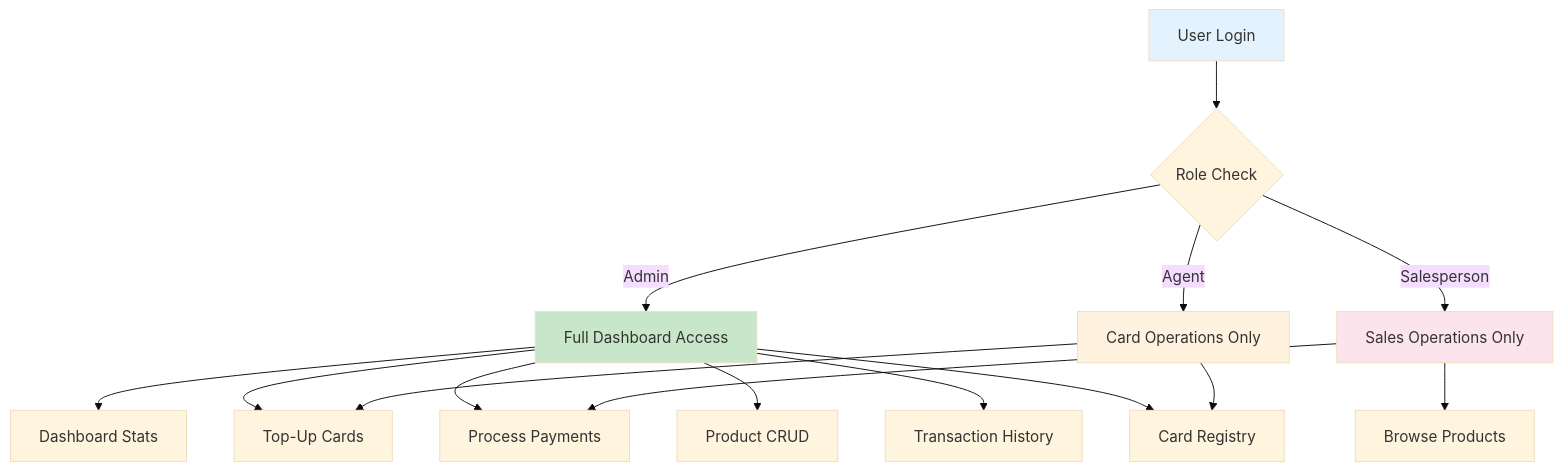
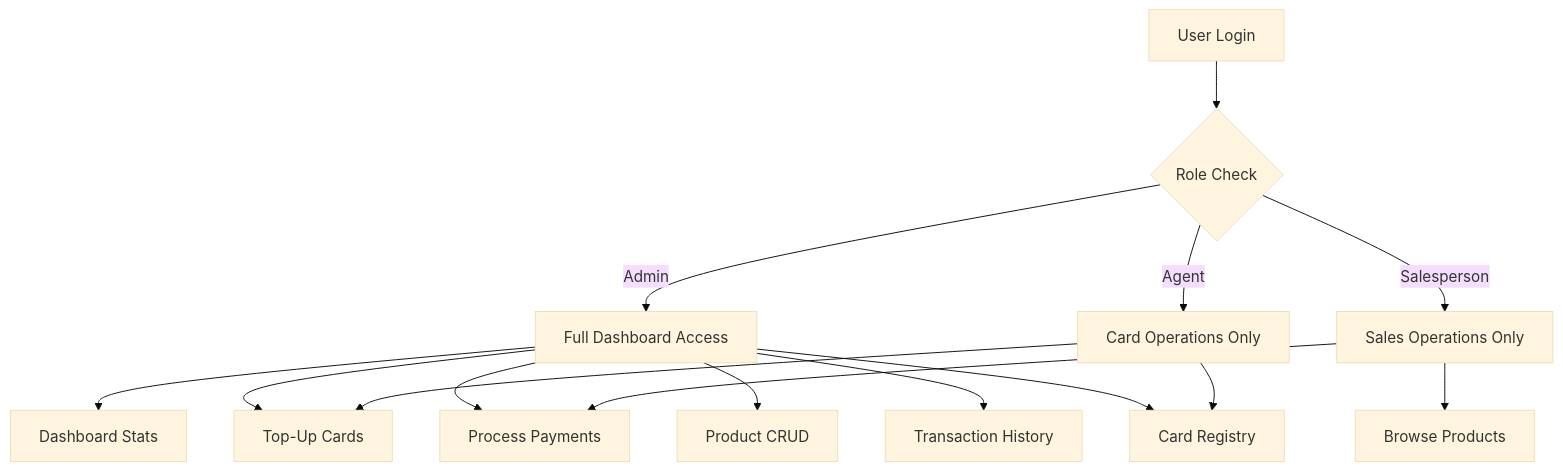
One commit to Tresorbana/BillIO changed the second of 4 diagrams in README.md. Above: the diagram before and after it, drawn with Mermaid (base theme). The commit also changed other lines of this file and 1 other file, not shown here.

Commit message:
Fixed Mermaid diagram rendering issues by simplifying diagrams

````diff
--- a/README.md
+++ b/README.md
@@ -114,26 +106,21 @@
 ```mermaid
 graph TD
     A[User Login] --> B{Role Check}
 
     B -->|Admin| C[Full Dashboard Access]
     B -->|Agent| D[Card Operations Only]
     B -->|Salesperson| E[Sales Operations Only]
 
     C --> F[Dashboard Stats]
     C --> G[Top-Up Cards]
     C --> H[Process Payments]
     C --> I[Product CRUD]
     C --> J[Transaction History]
     C --> K[Card Registry]
 
     D --> G
     D --> K
 
     E --> H
     E --> L[Browse Products]
-
-    style A fill:#e3f2fd
-    style C fill:#c8e6c9
-    style D fill:#fff3e0
-    style E fill:#fce4ec
 ```
````
